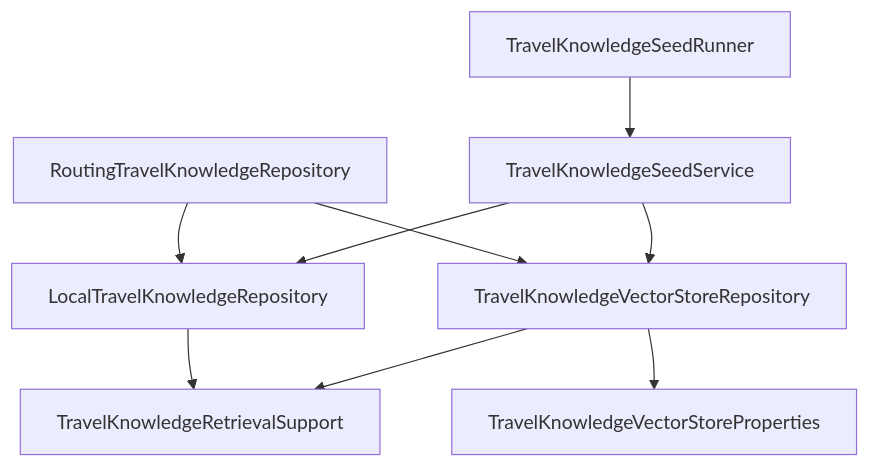
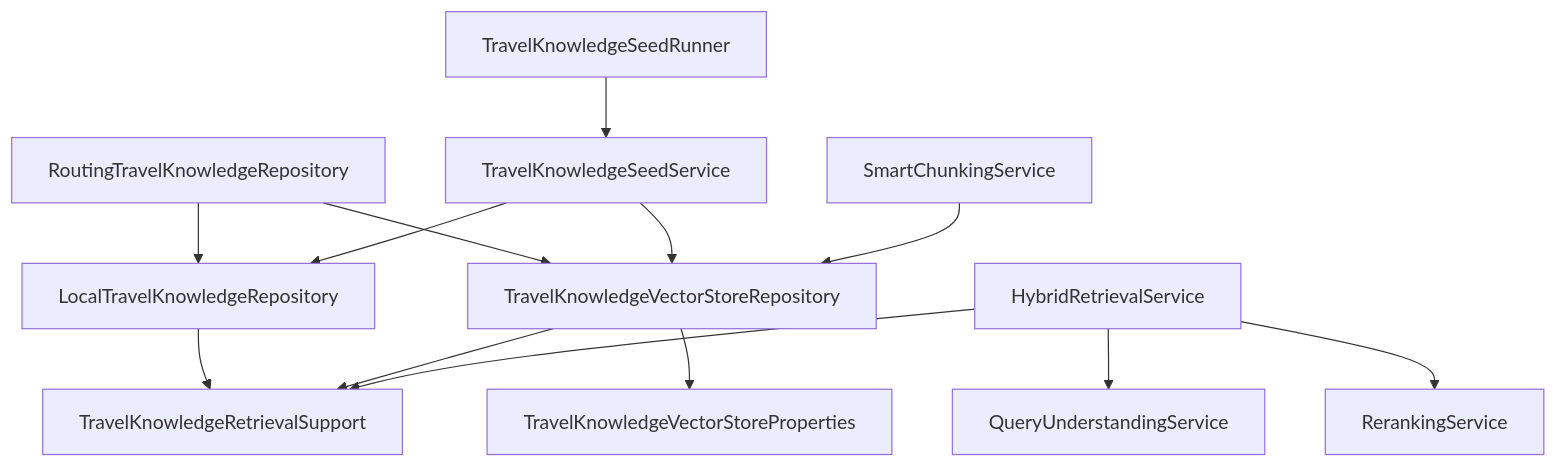
The eighth of 8 diagrams in .qoder/repowiki/zh/content/知识管理系统/知识管理系统.md (Sinlair/TravelAgent), drawn with Mermaid before and after one commit. The commit also changed other lines of this file and 53 other files, not shown here.

````diff
--- a/.qoder/repowiki/zh/content/知识管理系统/知识管理系统.md
+++ b/.qoder/repowiki/zh/content/知识管理系统/知识管理系统.md
@@ -338,11 +479,15 @@
 ```mermaid
 graph TB
 Route["RoutingTravelKnowledgeRepository"] --> Local["LocalTravelKnowledgeRepository"]
 Route --> Vector["TravelKnowledgeVectorStoreRepository"]
 Local --> Support["TravelKnowledgeRetrievalSupport"]
 Vector --> Support
 Vector --> Props["TravelKnowledgeVectorStoreProperties"]
 SeedSvc["TravelKnowledgeSeedService"] --> Local
 SeedSvc --> Vector
 SeedRunner["TravelKnowledgeSeedRunner"] --> SeedSvc
+Hybrid["HybridRetrievalService"] --> Query["QueryUnderstandingService"]
+Hybrid --> Rerank["RerankingService"]
+Hybrid --> Support
+Chunk["SmartChunkingService"] --> Vector
 ```
````
